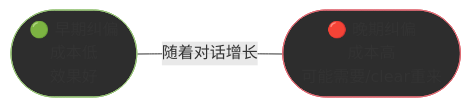
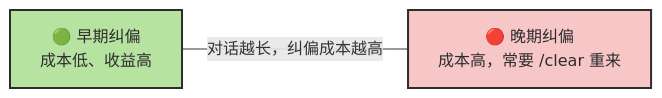
Before and after one commit to zht043/AgenticCodingTutorial: the fourth of 6 diagrams in docs/chapters/ch08-config-session.md, drawn with Mermaid. The commit also changed other lines of this file and 69 other files, not shown here.

Commit message:
optimize docs and add mermaid validation

````diff
--- a/docs/chapters/ch08-config-session.md
+++ b/docs/chapters/ch08-config-session.md
@@ -383,10 +383,10 @@
 ```mermaid
 flowchart LR
-    classDef early fill:#2d2d2d,stroke:#98c379
-    classDef late fill:#2d2d2d,stroke:#e06c75
+    classDef early fill:#b7e3a1,stroke:#2d2d2d,stroke-width:2px,color:#2d2d2d
+    classDef late fill:#f7c6c7,stroke:#2d2d2d,stroke-width:2px,color:#2d2d2d
 
-    E(["🟢 早期纠偏<br/>成本低<br/>效果好"]):::early
-    L(["🔴 晚期纠偏<br/>成本高<br/>可能需要/clear重来"]):::late
+    E["🟢 早期纠偏<br/>成本低、收益高"]:::early
+    L["🔴 晚期纠偏<br/>成本高，常要 /clear 重来"]:::late
 
-    E ---|"随着对话增长"| L
+    E ---|"对话越长，纠偏成本越高"| L
 ```
````
